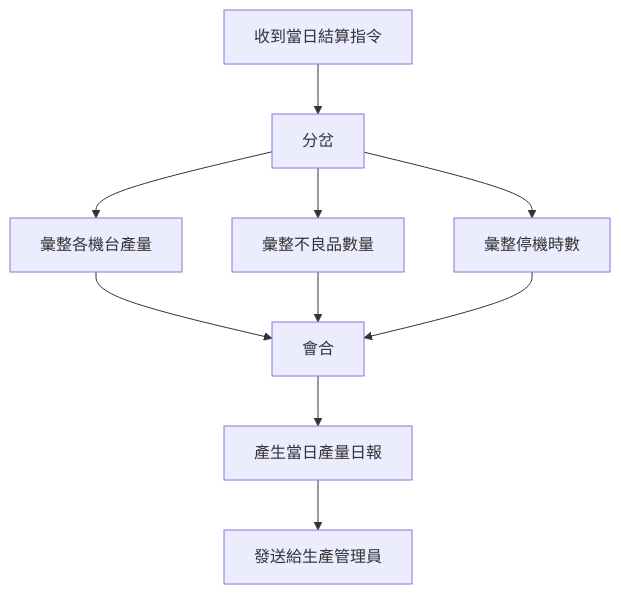
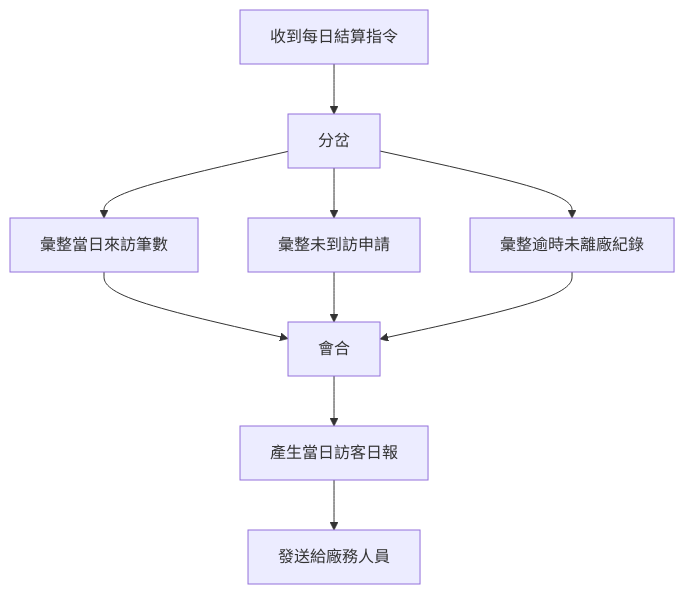
One commit to billy1125/system-analysis-and-design changed the third of 6 diagrams in 01-Course-Materials/06-Behavioral-Modeling.md. Above: the diagram before and after it, drawn with Mermaid. The commit also changed other lines of this file and 30 other files, not shown here.

````diff
--- a/01-Course-Materials/06-Behavioral-Modeling.md
+++ b/01-Course-Materials/06-Behavioral-Modeling.md
@@ -176,12 +181,12 @@
 ```mermaid
 flowchart TD
-    C0[收到當日結算指令] --> FORK[分岔]
-    FORK --> C1[彙整各機台產量]
-    FORK --> C2[彙整不良品數量]
-    FORK --> C3[彙整停機時數]
+    C0[收到每日結算指令] --> FORK[分岔]
+    FORK --> C1[彙整當日來訪筆數]
+    FORK --> C2[彙整未到訪申請]
+    FORK --> C3[彙整逾時未離廠紀錄]
     C1 --> JOIN[會合]
     C2 --> JOIN
     C3 --> JOIN
-    JOIN --> C4[產生當日產量日報]
-    C4 --> C5[發送給生產管理員]
+    JOIN --> C4[產生當日訪客日報]
+    C4 --> C5[發送給廠務人員]
 ```
````
